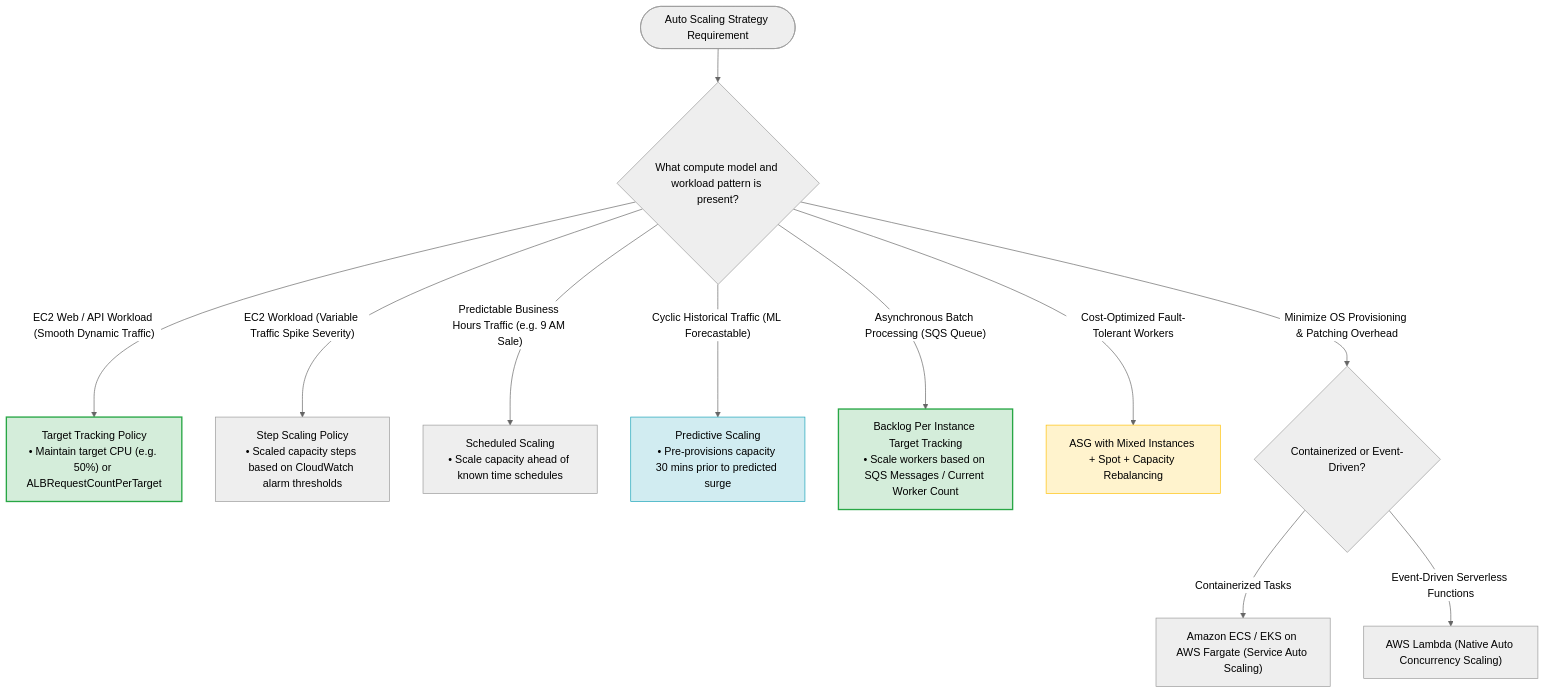
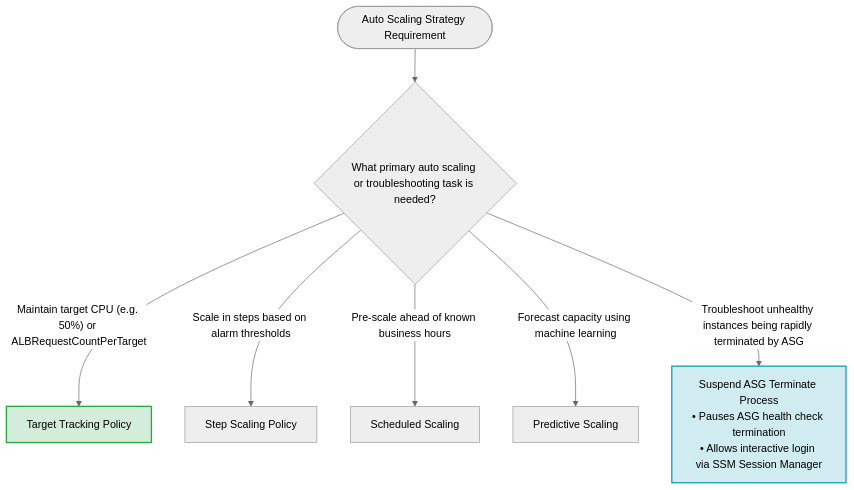
One commit to ReginRavi/AIP-C01 changed the fourth of 5 diagrams in Professional/2.4 Auto scaling policies and events.md. Above: the diagram before and after it, drawn with Mermaid (neutral theme). The commit also changed other lines of this file and 10 other files, not shown here.

Commit message:
docs(professional): add high-yield real-world exam scenarios, architecture decision flowcharts, and technical notes across SAP-C02/AIP-C01 modules

````diff
--- a/Professional/2.4 Auto scaling policies and events.md
+++ b/Professional/2.4 Auto scaling policies and events.md
@@ -196,25 +197,13 @@
 ```mermaid
 flowchart TD
-    Start(["Auto Scaling Strategy Requirement"]) --> Q1{"What compute model and workload pattern is present?"}
+    Start(["Auto Scaling Strategy Requirement"]) --> Q1{"What primary auto scaling or troubleshooting task is needed?"}
 
-    Q1 -- "EC2 Web / API Workload (Smooth Dynamic Traffic)" --> Ans_TT["Target Tracking Policy<br/>• Maintain target CPU (e.g. 50%) or ALBRequestCountPerTarget"]
-    
-    Q1 -- "EC2 Workload (Variable Traffic Spike Severity)" --> Ans_Step["Step Scaling Policy<br/>• Scaled capacity steps based on CloudWatch alarm thresholds"]
-
-    Q1 -- "Predictable Business Hours Traffic (e.g. 9 AM Sale)" --> Ans_Sched["Scheduled Scaling<br/>• Scale capacity ahead of known time schedules"]
-
-    Q1 -- "Cyclic Historical Traffic (ML Forecastable)" --> Ans_Pred["Predictive Scaling<br/>• Pre-provisions capacity 30 mins prior to predicted surge"]
-
-    Q1 -- "Asynchronous Batch Processing (SQS Queue)" --> Ans_Queue["Backlog Per Instance Target Tracking<br/>• Scale workers based on SQS Messages / Current Worker Count"]
-
-    Q1 -- "Cost-Optimized Fault-Tolerant Workers" --> Ans_Spot["ASG with Mixed Instances + Spot + Capacity Rebalancing"]
-
-    Q1 -- "Minimize OS Provisioning & Patching Overhead" --> Q2{"Containerized or Event-Driven?"}
-    Q2 -- "Containerized Tasks" --> Ans_Fargate["Amazon ECS / EKS on AWS Fargate (Service Auto Scaling)"]
-    Q2 -- "Event-Driven Serverless Functions" --> Ans_Lambda["AWS Lambda (Native Auto Concurrency Scaling)"]
+    Q1 -- "Maintain target CPU (e.g. 50%) or ALBRequestCountPerTarget" --> Ans_TT["Target Tracking Policy"]
+    Q1 -- "Scale in steps based on alarm thresholds" --> Ans_Step["Step Scaling Policy"]
+    Q1 -- "Pre-scale ahead of known business hours" --> Ans_Sched["Scheduled Scaling"]
+    Q1 -- "Forecast capacity using machine learning" --> Ans_Pred["Predictive Scaling"]
+    Q1 -- "Troubleshoot unhealthy instances being rapidly terminated by ASG" --> Ans_Suspend["Suspend ASG Terminate Process<br/>• Pauses ASG health check termination<br/>• Allows interactive login via SSM Session Manager"]
 
     style Ans_TT fill:#d4edda,stroke:#28a745,stroke-width:2px
-    style Ans_Queue fill:#d4edda,stroke:#28a745,stroke-width:2px
-    style Ans_Pred fill:#d1ecf1,stroke:#17a2b8,stroke-width:1px
-    style Ans_Spot fill:#fff3cd,stroke:#ffc107,stroke-width:1px
+    style Ans_Suspend fill:#d1ecf1,stroke:#17a2b8,stroke-width:2px
 ```
````
